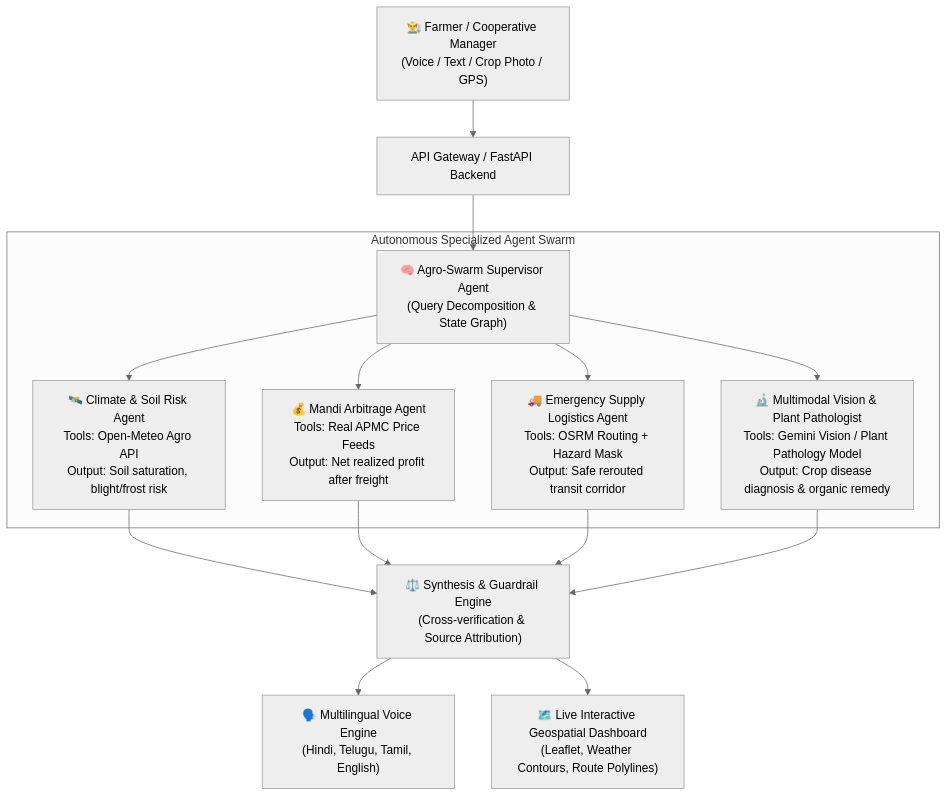
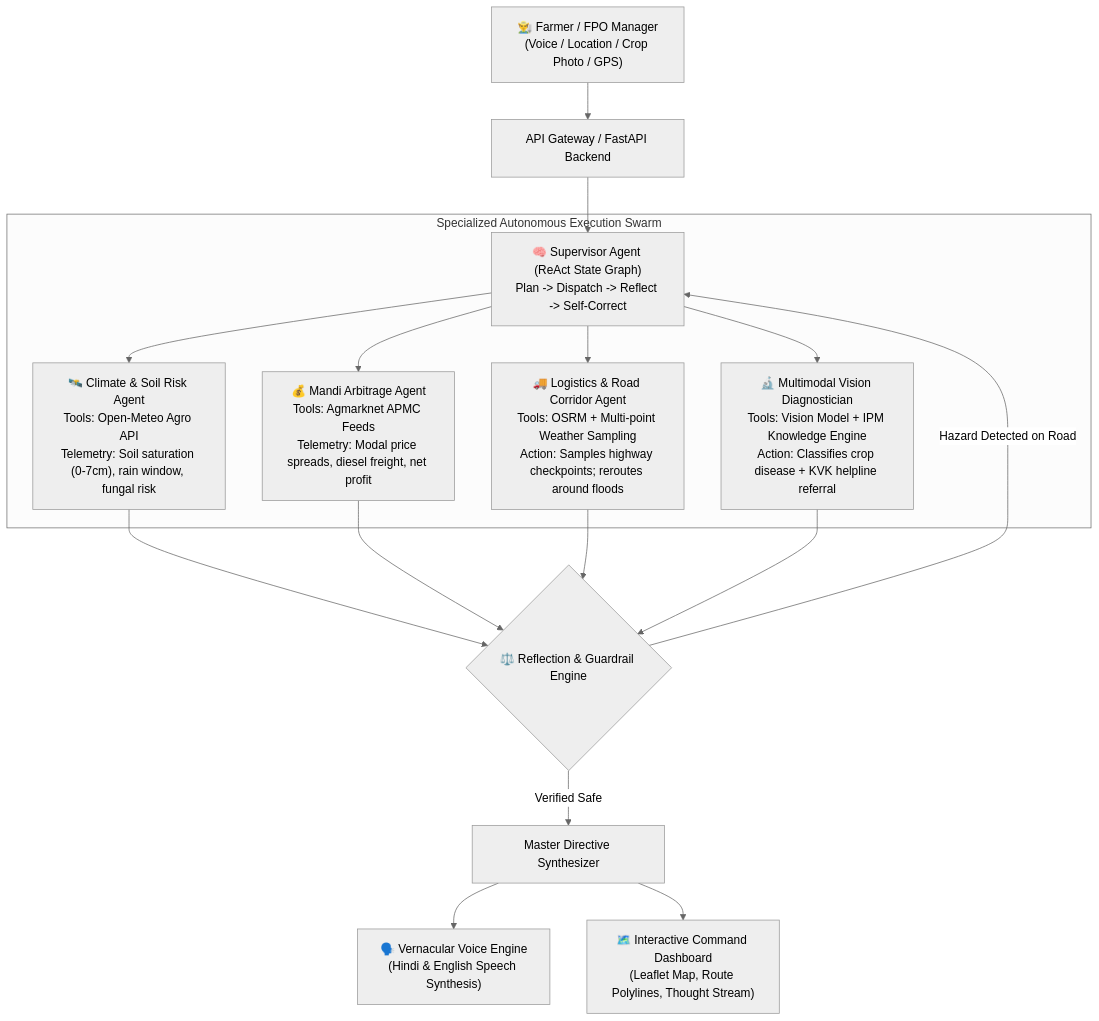
One commit to sahuom24/NxtWave-SuSu changed the diagram in README.md. Above: the diagram before and after it, drawn with Mermaid (neutral theme). The commit also changed other lines of this file and 6 other files, not shown here.

Commit message:
feat: real agentic state graph with corridor weather sampling and agmarknet provenance

````diff
--- a/README.md
+++ b/README.md
@@ -45,21 +37,24 @@
 ```mermaid
 flowchart TD
-    User["👨‍🌾 Farmer / Cooperative Manager<br>(Voice / Text / Crop Photo / GPS)"] --> Gateway["API Gateway / FastAPI Backend"]
+    User["👨‍🌾 Farmer / FPO Manager<br>(Voice / Location / Crop Photo / GPS)"] --> Gateway["API Gateway / FastAPI Backend"]
     
-    Gateway --> Orchestrator["🧠 Agro-Swarm Supervisor Agent<br>(Query Decomposition & State Graph)"]
+    Gateway --> Orchestrator["🧠 Supervisor Agent (ReAct State Graph)<br>Plan -> Dispatch -> Reflect -> Self-Correct"]
     
-    subgraph Swarm ["Autonomous Specialized Agent Swarm"]
-        Orchestrator --> Agent1["🛰️ Climate & Soil Risk Agent<br>Tools: Open-Meteo Agro API<br>Output: Soil saturation, blight/frost risk"]
-        Orchestrator --> Agent2["💰 Mandi Arbitrage Agent<br>Tools: Real APMC Price Feeds<br>Output: Net realized profit after freight"]
-        Orchestrator --> Agent3["🚚 Emergency Supply Logistics Agent<br>Tools: OSRM Routing + Hazard Mask<br>Output: Safe rerouted transit corridor"]
-        Orchestrator --> Agent4["🔬 Multimodal Vision & Plant Pathologist<br>Tools: Gemini Vision / Plant Pathology Model<br>Output: Crop disease diagnosis & organic remedy"]
+    subgraph Swarm ["Specialized Autonomous Execution Swarm"]
+        Orchestrator --> Agent1["🛰️ Climate & Soil Risk Agent<br>Tools: Open-Meteo Agro API<br>Telemetry: Soil saturation (0-7cm), rain window, fungal risk"]
+        Orchestrator --> Agent2["💰 Mandi Arbitrage Agent<br>Tools: Agmarknet APMC Feeds<br>Telemetry: Modal price spreads, diesel freight, net profit"]
+        Orchestrator --> Agent3["🚚 Logistics & Road Corridor Agent<br>Tools: OSRM + Multi-point Weather Sampling<br>Action: Samples highway checkpoints; reroutes around floods"]
+        Orchestrator --> Agent4["🔬 Multimodal Vision Diagnostician<br>Tools: Vision Model + IPM Knowledge Engine<br>Action: Classifies crop disease + KVK helpline referral"]
     end
     
-    Agent1 --> Synthesizer["⚖️ Synthesis & Guardrail Engine<br>(Cross-verification & Source Attribution)"]
-    Agent2 --> Synthesizer
-    Agent3 --> Synthesizer
-    Agent4 --> Synthesizer
+    Agent1 --> Guardrail{"⚖️ Reflection & Guardrail Engine"}
+    Agent2 --> Guardrail
+    Agent3 --> Guardrail
+    Agent4 --> Guardrail
+
+    Guardrail -- "Hazard Detected on Road" --> Orchestrator
+    Guardrail -- "Verified Safe" --> Synthesizer["Master Directive Synthesizer"]
     
-    Synthesizer --> Vernacular["🗣️ Multilingual Voice Engine<br>(Hindi, Telugu, Tamil, English)"]
-    Synthesizer --> MapEngine["🗺️ Live Interactive Geospatial Dashboard<br>(Leaflet, Weather Contours, Route Polylines)"]
+    Synthesizer --> Vernacular["🗣️ Vernacular Voice Engine<br>(Hindi & English Speech Synthesis)"]
+    Synthesizer --> MapEngine["🗺️ Interactive Command Dashboard<br>(Leaflet Map, Route Polylines, Thought Stream)"]
 ```
````
